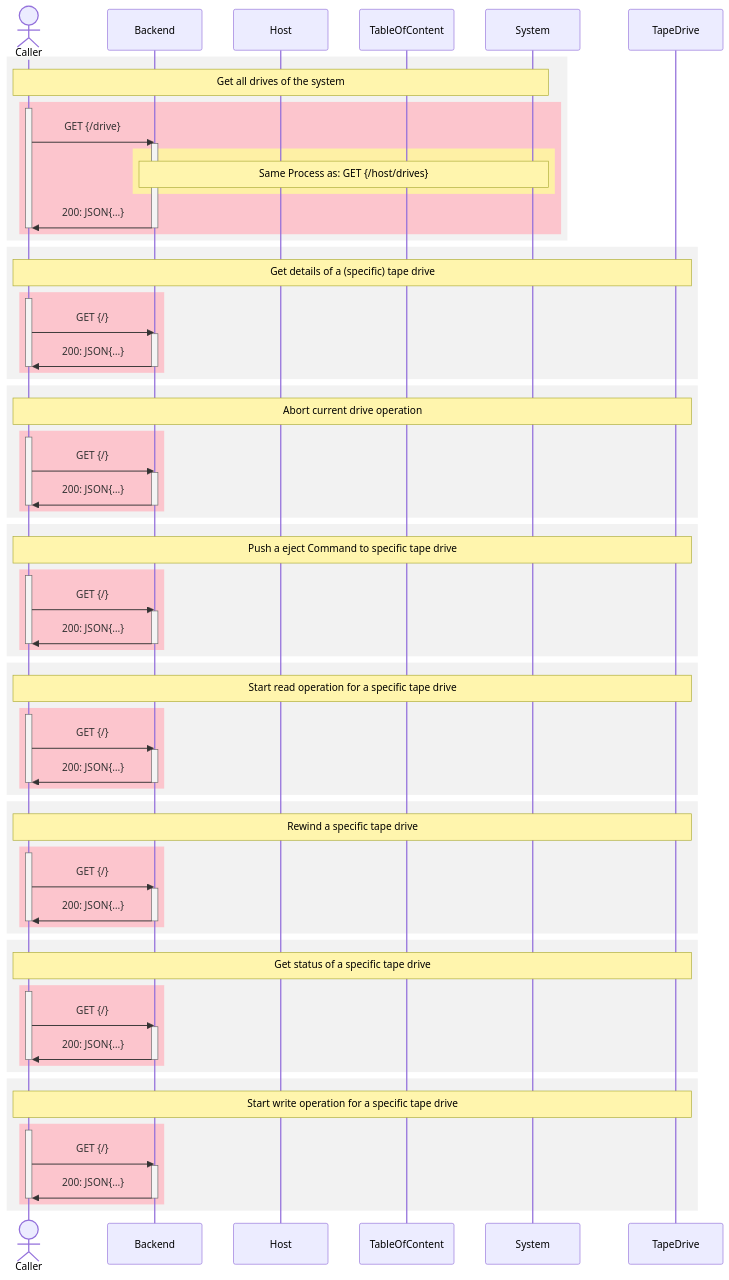
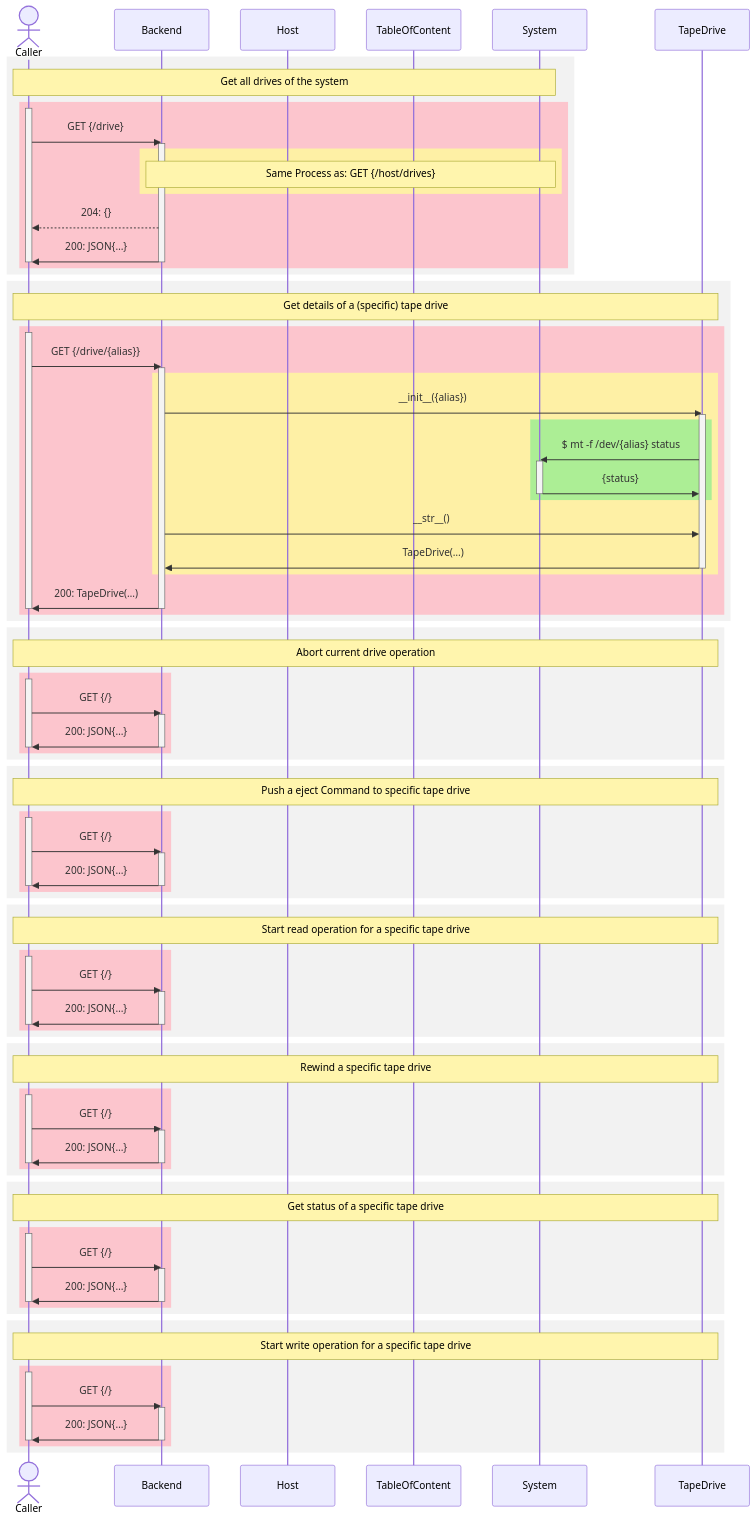
The third of 3 diagrams in docs/sequenceDiagrams.md (RPi2User/rutbs4), drawn with Mermaid before and after one commit. The commit also changed other lines of this file, not shown here.

Commit message:
Documentation: - Fixed GET: {/host/drives} - Added /drive - Added /drive/<alias>

```diff
--- a/docs/sequenceDiagrams.md
+++ b/docs/sequenceDiagrams.md
@@ -224,8 +224,9 @@
     Caller ->> Backend: GET {/drive}
     activate Backend
     rect rgba(255, 255, 153, 0.75)
-        Note over Backend,System: Same Process as:  GET {/host/drives}
+        Note over Backend,System: Same Process as: GET {/host/drives}
     end
+        Backend -->> Caller: 204: {}
         Backend ->> Caller : 200: JSON{…}
      deactivate Backend
 deactivate Caller
@@ -236,9 +237,22 @@
 note over Caller,td: Get details of a (specific) tape drive
 rect rgba(255, 182, 193, 0.75)
 activate Caller
-     Caller ->> Backend: GET {/}
+     Caller ->> Backend: GET {/drive/{alias}}
      activate Backend
-        Backend ->> Caller : 200: JSON{…}
+        rect rgba(255, 255, 153, 0.75)
+        Backend ->> td: __init__({alias})
+        activate td
+            rect rgba(144, 238, 144, 0.75) 
+            td ->> System: $ mt -f /dev/{alias} status
+            activate System
+                System ->> td: {status}
+            deactivate System
+            end
+            Backend ->> td: __str__()
+            td ->> Backend: TapeDrive(…)
+        deactivate td
+        end
+        Backend ->> Caller : 200: TapeDrive(…)
      deactivate Backend
 deactivate Caller
 end
```
